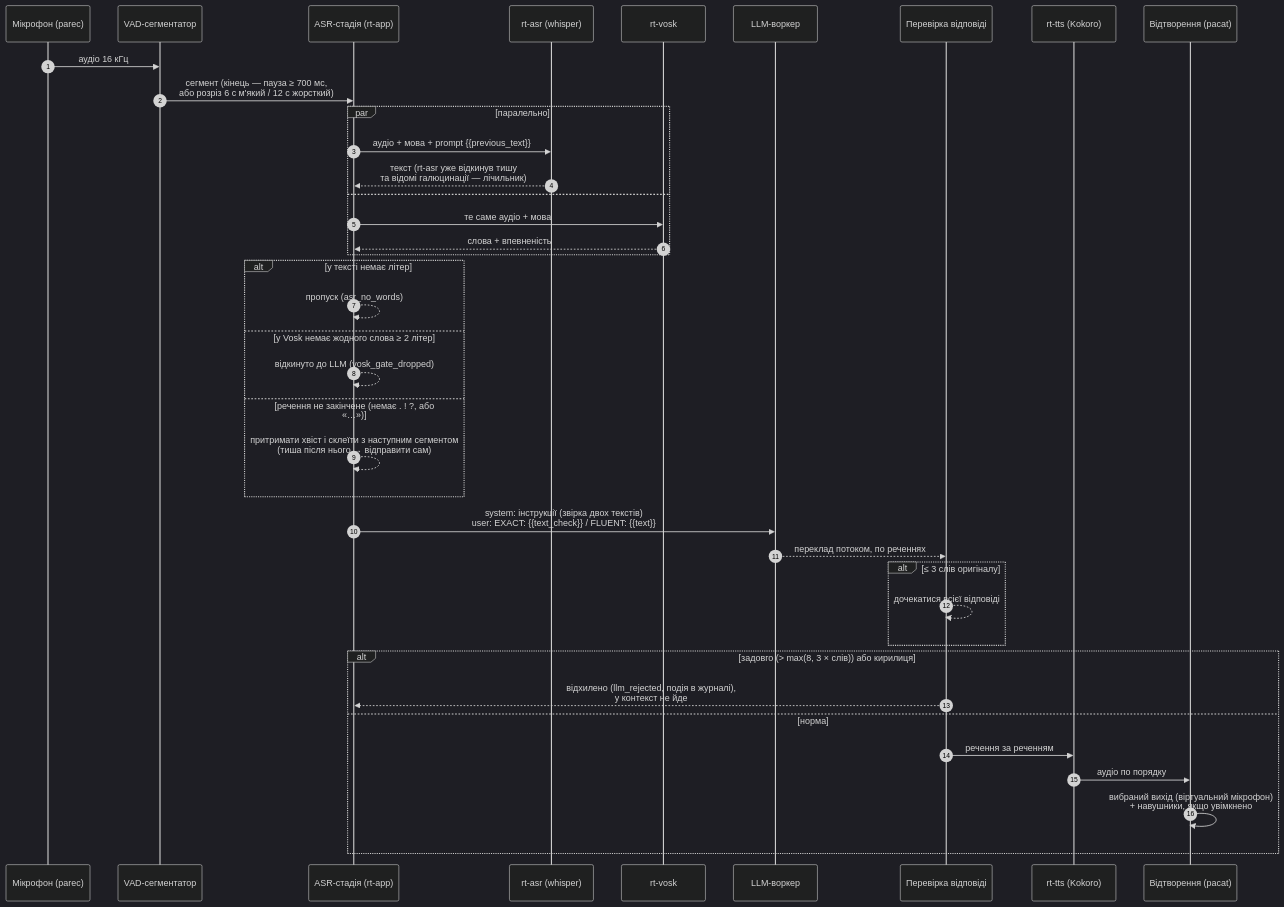
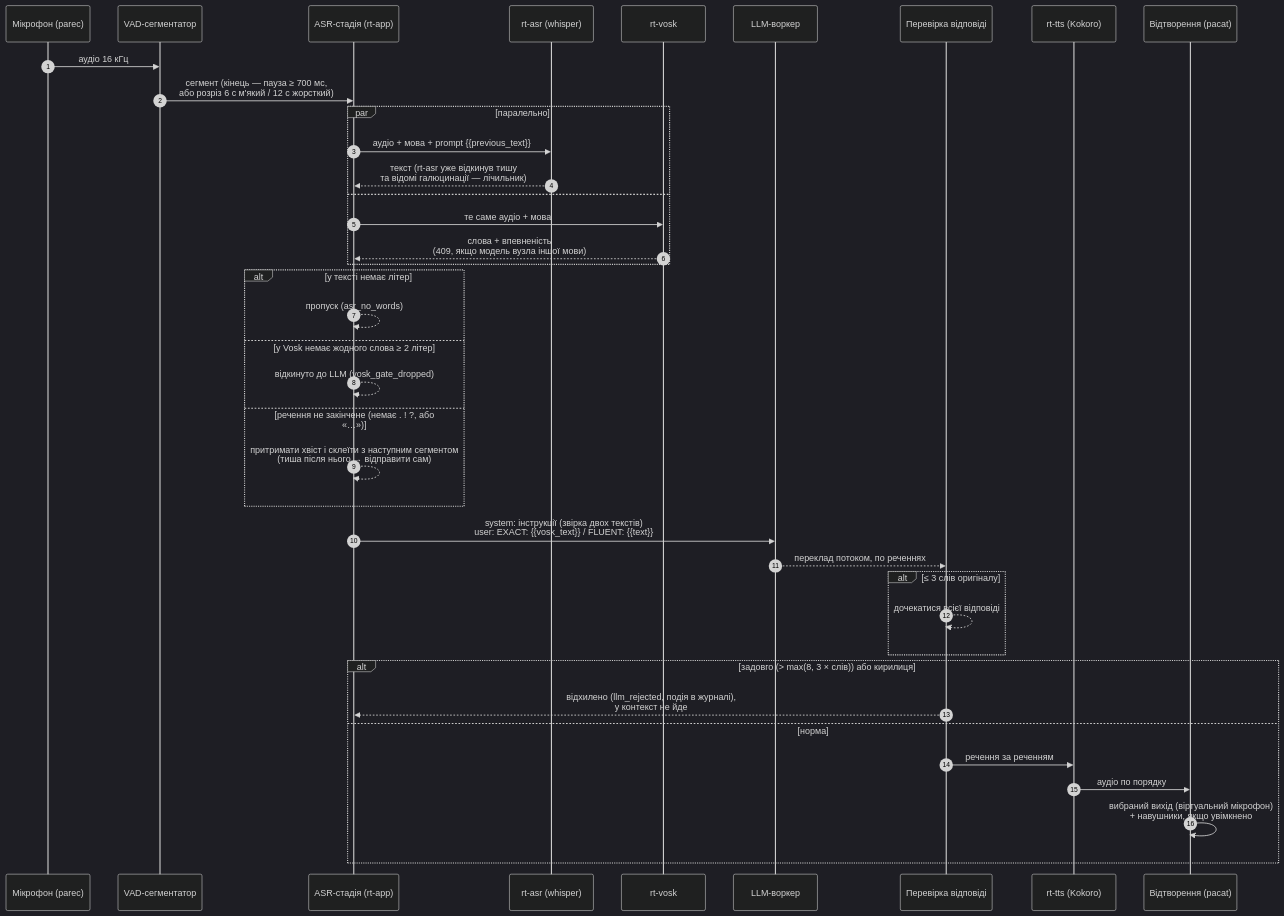
One commit to DohuyaMa/realtime-translation changed the second of 4 diagrams in docs/pipeline-diagrams.md. Above: the diagram before and after it, drawn with Mermaid (dark theme). The commit also changed other lines of this file and 20 other files, not shown here.

````diff
--- a/docs/pipeline-diagrams.md
+++ b/docs/pipeline-diagrams.md
@@ -50,42 +50,42 @@
 ```mermaid
 sequenceDiagram
   autonumber
   participant M as Мікрофон (parec)
   participant S as VAD-сегментатор
   participant A as ASR-стадія (rt-app)
   participant WH as rt-asr (whisper)
   participant VK as rt-vosk
   participant L as LLM-воркер
   participant G as Перевірка відповіді
   participant T as rt-tts (Kokoro)
   participant P as Відтворення (pacat)
 
   M->>S: аудіо 16 кГц
   S->>A: сегмент (кінець — пауза ≥ 700 мс,<br/>або розріз 6 с м'який / 12 с жорсткий)
   par паралельно
     A->>WH: аудіо + мова + prompt {{previous_text}}
     WH-->>A: текст (rt-asr уже відкинув тишу<br/>та відомі галюцинації — лічильник)
   and
     A->>VK: те саме аудіо + мова
-    VK-->>A: слова + впевненість
+    VK-->>A: слова + впевненість<br/>(409, якщо модель вузла іншої мови)
   end
   alt у тексті немає літер
     A-->>A: пропуск (asr_no_words)
   else у Vosk немає жодного слова ≥ 2 літер
     A-->>A: відкинуто до LLM (vosk_gate_dropped)
   else речення не закінчене (немає . ! ?, або «…»)
     A-->>A: притримати хвіст і склеїти з наступним сегментом<br/>(тиша після нього → відправити сам)
   end
-  A->>L: system: інструкції (звірка двох текстів)<br/>user: EXACT: {{text_check}} / FLUENT: {{text}}
+  A->>L: system: інструкції (звірка двох текстів)<br/>user: EXACT: {{vosk_text}} / FLUENT: {{text}}
   L-->>G: переклад потоком, по реченнях
   alt ≤ 3 слів оригіналу
     G-->>G: дочекатися всієї відповіді
   end
   alt задовго (> max(8, 3 × слів)) або кирилиця
     G-->>A: відхилено (llm_rejected, подія в журналі),<br/>у контекст не йде
   else норма
     G->>T: речення за реченням
     T->>P: аудіо по порядку
     P->>P: вибраний вихід (віртуальний мікрофон)<br/>+ навушники, якщо увімкнено
   end
 ```
````
